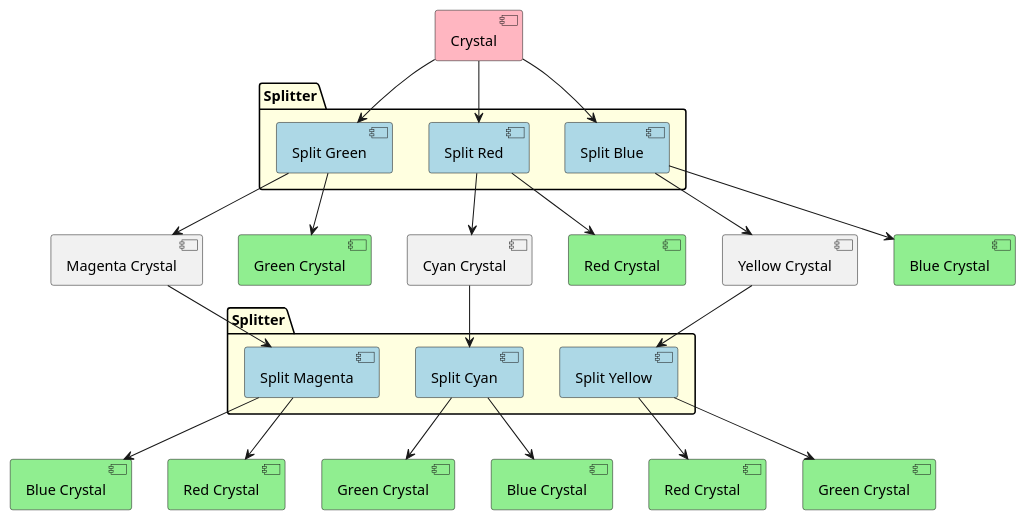
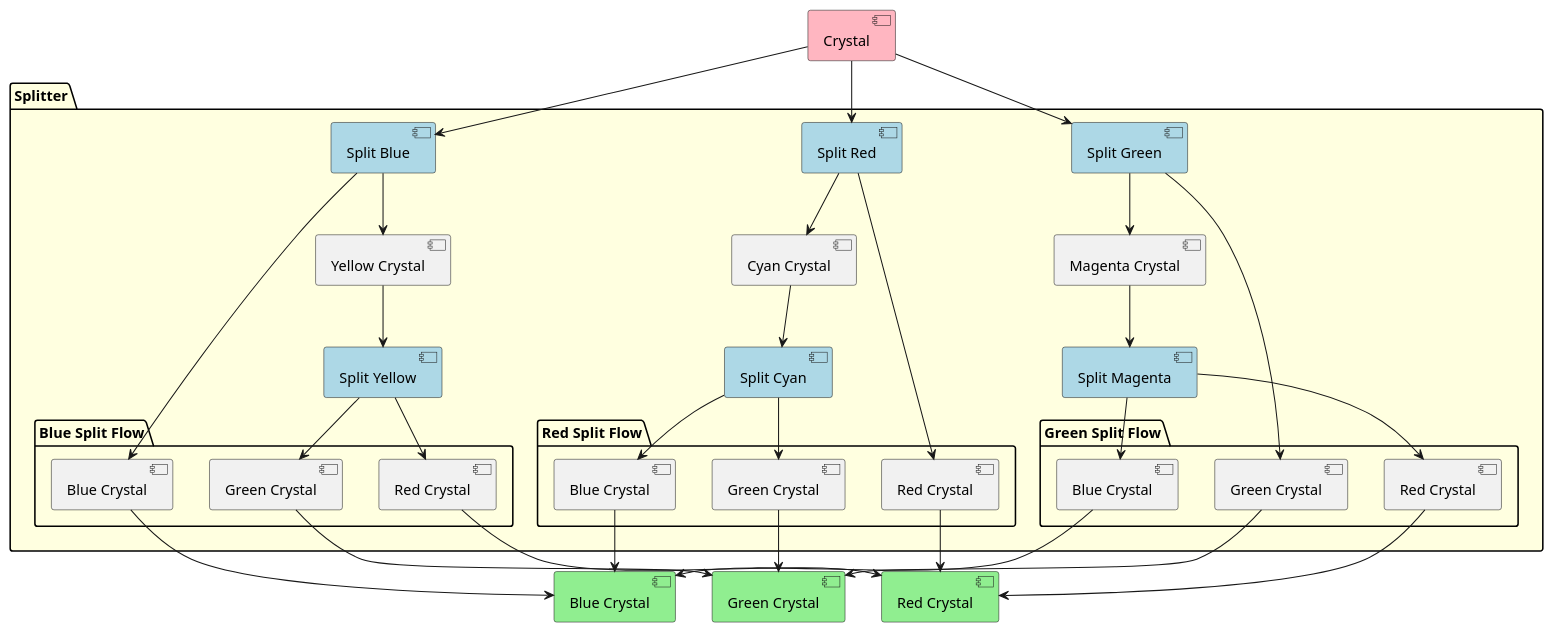
The diagram in Documentation/ColoredCrystalFlow.puml (Thomas-De-Praetere/CrystalMod), drawn with PlantUML before and after one commit.

Commit message:
Updated Colour Flow Diagram

```diff
--- a/Documentation/ColoredCrystalFlow.puml
+++ b/Documentation/ColoredCrystalFlow.puml
@@ -1,62 +1,82 @@
 @startuml
 
 hide methods
 hide fields
 hide circle
 
 [Crystal] as C #lightpink
 
-[Magenta Crystal] as MC
-[Yellow Crystal] as YC
-[Cyan Crystal] as CC
-
-
 package Splitter #lightyellow {
 [Split Green] as SG #lightblue
 [Split Red] as SR #lightblue
 [Split Blue] as SB #lightblue
 }
 
-package Splitter as S1 #lightyellow {
+package Splitter  #lightyellow {
 [Split Magenta] as SM #lightblue
 [Split Yellow] as SY #lightblue
 [Split Cyan] as SC #lightblue
+[Magenta Crystal] as MC
+[Yellow Crystal] as YC
+[Cyan Crystal] as CC
+
+package "Green Split Flow" {
+[Red Crystal] as RC1
+[Green Crystal] as GC1
+[Blue Crystal] as BC1
+}
+package "Red Split Flow" {
+[Red Crystal] as RC2
+[Green Crystal] as GC2
+[Blue Crystal] as BC2
+
+}
+package "Blue Split Flow" {
+[Red Crystal] as RC3
+[Green Crystal] as GC3
+[Blue Crystal] as BC3
+}
 }
 
 [Red Crystal] as RC #lightgreen
 [Green Crystal] as GC #lightgreen
 [Blue Crystal] as BC #lightgreen
 
-[Red Crystal] as RC1 #lightgreen
-[Green Crystal] as GC1 #lightgreen
-[Blue Crystal] as BC1 #lightgreen
-
-[Red Crystal] as RC2 #lightgreen
-[Green Crystal] as GC2 #lightgreen
-[Blue Crystal] as BC2 #lightgreen
 
 C --> SG
 SG --> GC1
 SG --> MC
 
 C --> SR
-SR --> RC1
+SR --> RC2
 SR --> CC
 
 C --> SB
-SB --> BC1
+SB --> BC3
 SB --> YC
 
 YC --> SY
-SY --> RC
-SY --> GC2
+SY --> RC3
+SY --> GC3
 
 CC --> SC
-SC --> GC
+SC --> GC2
 SC --> BC2
 
 MC --> SM
-SM --> BC
-SM --> RC2
+SM --> BC1
+SM --> RC1
+
+RC1 --> RC
+RC2 --> RC
+RC3 --> RC
+
+GC1 --> GC
+GC2 --> GC
+GC3 --> GC
+
+BC1 --> BC
+BC2 --> BC
+BC3 --> BC
 
 @enduml
```
